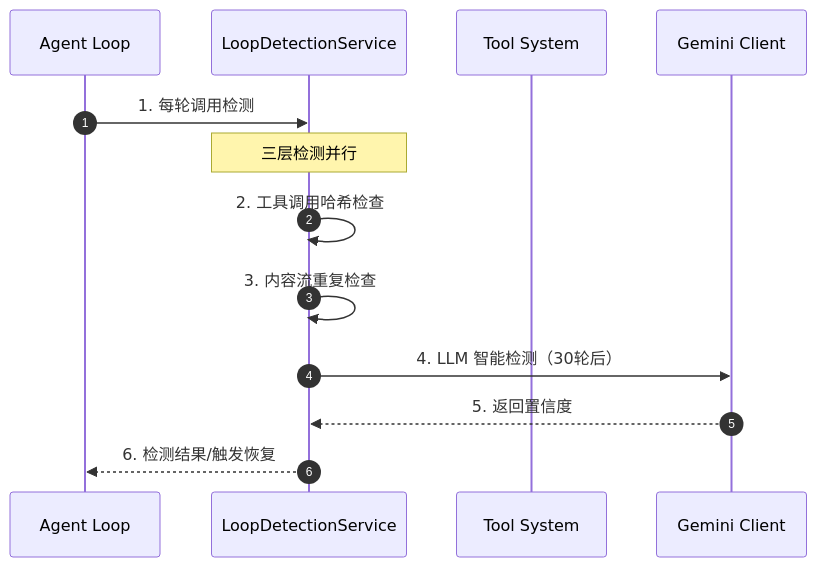
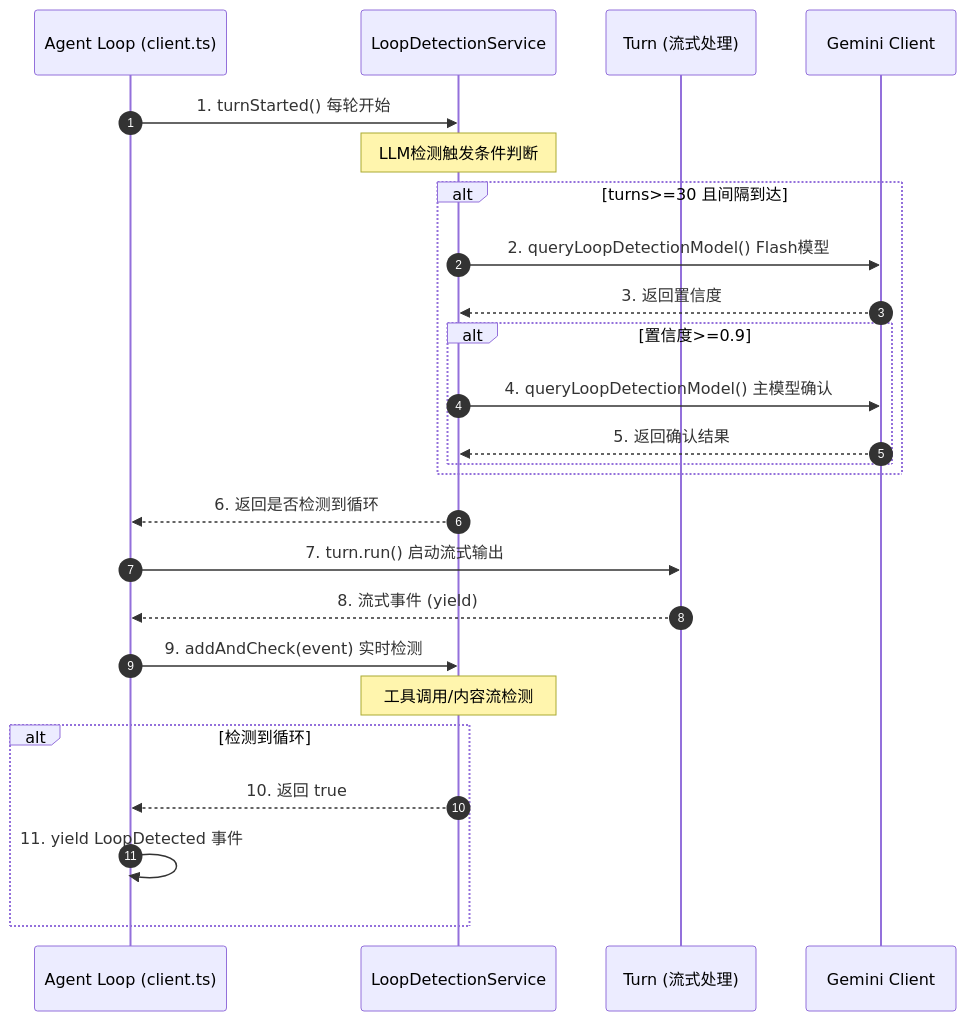
Before and after one commit to giraffe-tree/agent-base: the first of 11 diagrams in docs/gemini-cli/questions/gemini-cli-infinite-loop-prevention.md, drawn with Mermaid. The commit also changed other lines of this file and 39 other files, not shown here.

````diff
--- a/docs/gemini-cli/questions/gemini-cli-infinite-loop-prevention.md
+++ b/docs/gemini-cli/questions/gemini-cli-infinite-loop-prevention.md
@@ -78,16 +81,29 @@
 ```mermaid
 sequenceDiagram
     autonumber
-    participant A as Agent Loop
+    participant A as Agent Loop (client.ts)
     participant B as LoopDetectionService
-    participant C as Tool System
+    participant C as Turn (流式处理)
     participant D as Gemini Client
 
-    A->>B: 1. 每轮调用检测
-    Note over B: 三层检测并行
-    B->>B: 2. 工具调用哈希检查
-    B->>B: 3. 内容流重复检查
-    B->>D: 4. LLM 智能检测（30轮后）
-    D-->>B: 5. 返回置信度
-    B-->>A: 6. 检测结果/触发恢复
+    A->>B: 1. turnStarted() 每轮开始
+    Note over B: LLM检测触发条件判断
+    alt turns>=30 且间隔到达
+        B->>D: 2. queryLoopDetectionModel() Flash模型
+        D-->>B: 3. 返回置信度
+        alt 置信度>=0.9
+            B->>D: 4. queryLoopDetectionModel() 主模型确认
+            D-->>B: 5. 返回确认结果
+        end
+    end
+    B-->>A: 6. 返回是否检测到循环
+
+    A->>C: 7. turn.run() 启动流式输出
+    C-->>A: 8. 流式事件 (yield)
+    A->>B: 9. addAndCheck(event) 实时检测
+    Note over B: 工具调用/内容流检测
+    alt 检测到循环
+        B-->>A: 10. 返回 true
+        A->>A: 11. yield LoopDetected 事件
+    end
 ```
````
